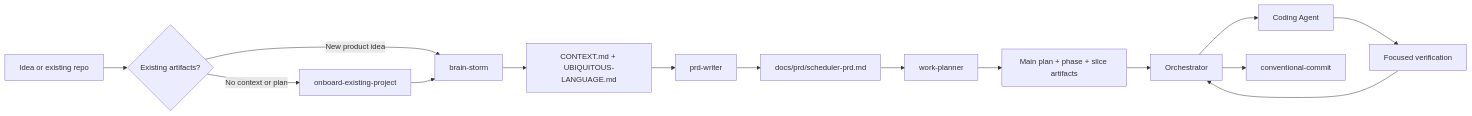
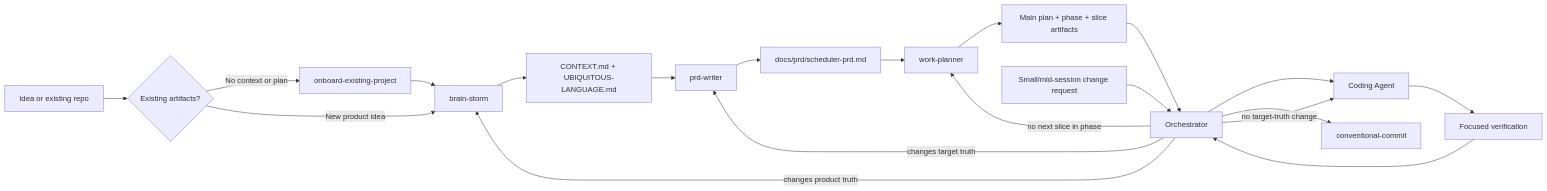
The diagram in README.md (smikelson75/AI.Workflows), drawn with Mermaid before and after one commit. The commit also changed other lines of this file and 7 other files, not shown here.

````diff
--- a/README.md
+++ b/README.md
@@ -38,17 +42,22 @@
 ```mermaid
 flowchart LR
     A[Idea or existing repo] --> B{Existing artifacts?}
     B -->|No context or plan| C[onboard-existing-project]
     B -->|New product idea| D[brain-storm]
     C --> D
     D --> E[CONTEXT.md + UBIQUITOUS-LANGUAGE.md]
     E --> F[prd-writer]
     F --> G[docs/prd/scheduler-prd.md]
     G --> H[work-planner]
     H --> I[Main plan + phase + slice artifacts]
     I --> J[Orchestrator]
     J --> K[Coding Agent]
     K --> L[Focused verification]
     L --> J
     J --> M[conventional-commit]
+    N[Small/mid-session change request] --> J
+    J -->|no target-truth change| K
+    J -->|changes target truth| F
+    J -->|changes product truth| D
+    J -->|no next slice in phase| H
 ```
````
